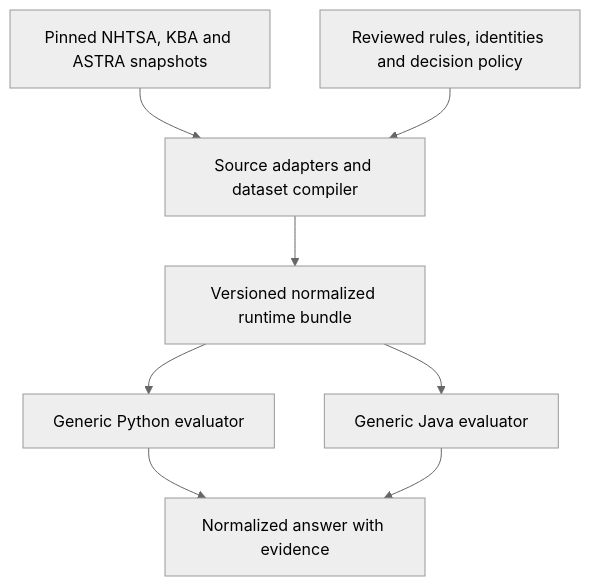
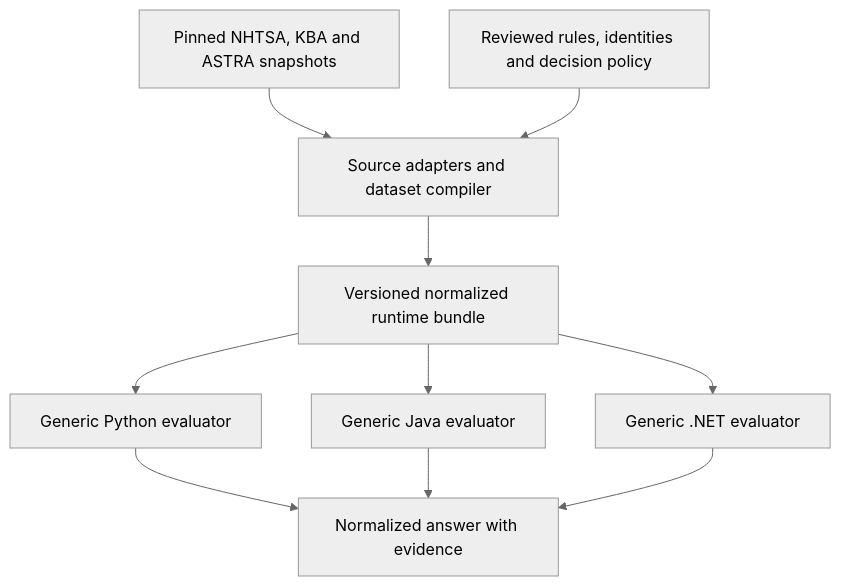
The diagram in docs/plans/compiled-dataset/plan.md (openresearch/orVIN), drawn with Mermaid (neutral theme) before and after one commit. The commit also changed other lines of this file and 593 other files, not shown here.

````diff
--- a/docs/plans/compiled-dataset/plan.md
+++ b/docs/plans/compiled-dataset/plan.md
@@ -50,10 +71,12 @@
 ```mermaid
 flowchart TD
     A[Pinned NHTSA, KBA and ASTRA snapshots] --> C[Source adapters and dataset compiler]
     B[Reviewed rules, identities and decision policy] --> C
     C --> D[Versioned normalized runtime bundle]
     D --> P[Generic Python evaluator]
     D --> J[Generic Java evaluator]
+    D --> N[Generic .NET evaluator]
     P --> O[Normalized answer with evidence]
     J --> O
+    N --> O
 ```
````
